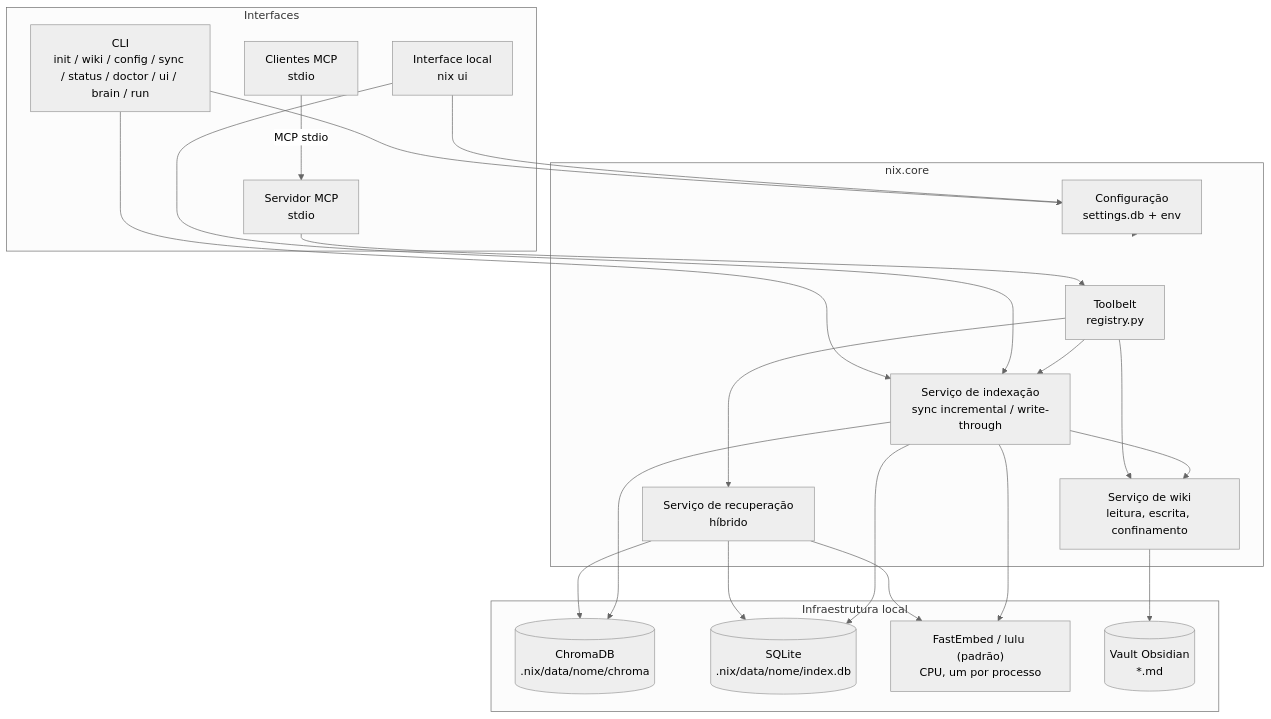
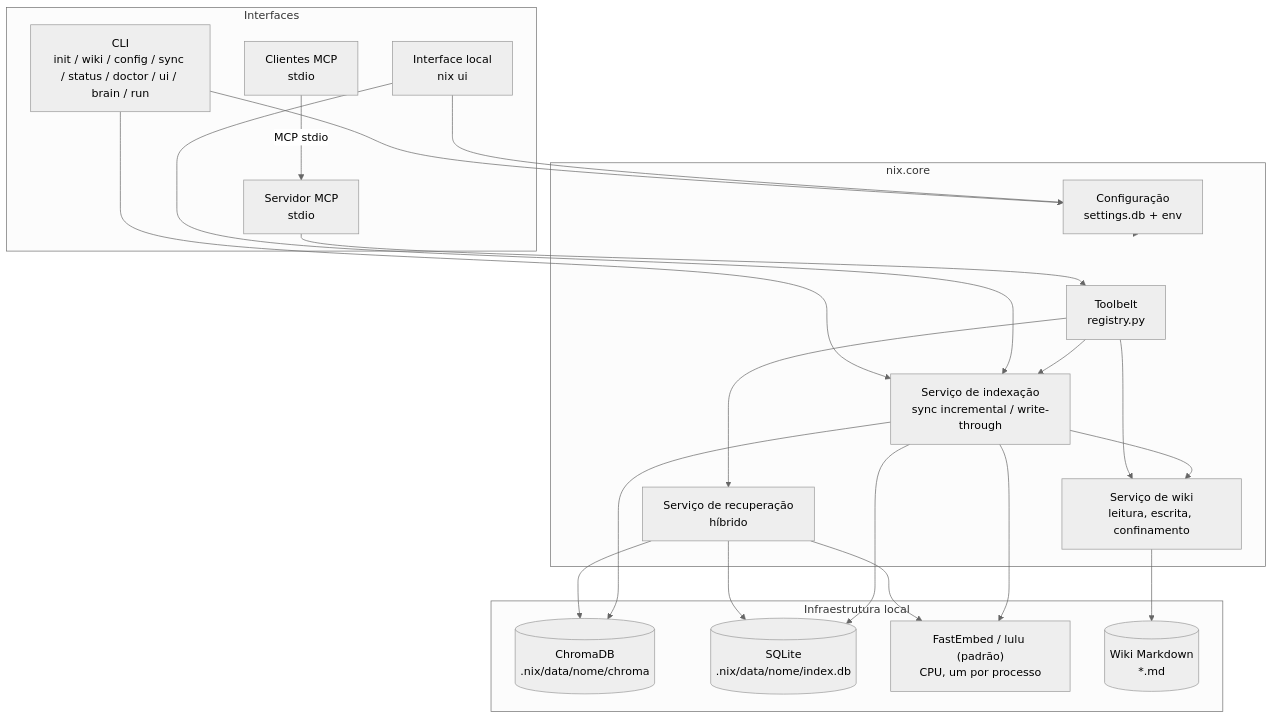
The first of 4 diagrams in docs/TDD.md (paulocesaaars/nix), drawn with Mermaid (neutral theme) before and after one commit. The commit also changed other lines of this file and 4 other files, not shown here.

````diff
--- a/docs/TDD.md
+++ b/docs/TDD.md
@@ -40,43 +40,43 @@
 ```mermaid
 graph TB
     subgraph Interfaces
         Client["Clientes MCP<br/>stdio"]
         CLI["CLI<br/>init / wiki / config / sync / status / doctor / ui / brain / run"]
         UI["Interface local<br/>nix ui"]
         MCP["Servidor MCP<br/>stdio"]
     end
 
     subgraph Core["nix.core"]
         TOOLS["Toolbelt<br/>registry.py"]
         RAG["Serviço de recuperação<br/>híbrido"]
         IDX["Serviço de indexação<br/>sync incremental / write-through"]
         VAULT["Serviço de wiki<br/>leitura, escrita, confinamento"]
         CFG["Configuração<br/>settings.db + env"]
     end
 
     subgraph Infra["Infraestrutura local"]
         CHROMA[("ChromaDB<br/>.nix/data/nome/chroma")]
         SQLITE[("SQLite<br/>.nix/data/nome/index.db")]
         EMB["FastEmbed / lulu (padrão)<br/>CPU, um por processo"]
-        FS[("Vault Obsidian<br/>*.md")]
+        FS[("Wiki Markdown<br/>*.md")]
     end
 
     Client -->|"MCP stdio"| MCP
     CLI --> CFG
     CLI --> IDX
     UI --> CFG
     UI --> IDX
     MCP --> TOOLS
     TOOLS --> RAG
     TOOLS --> VAULT
     TOOLS --> IDX
     RAG --> CHROMA
     RAG --> SQLITE
     RAG --> EMB
     IDX --> CHROMA
     IDX --> SQLITE
     IDX --> EMB
     IDX --> VAULT
     VAULT --> FS
     CFG -.-> Core
 ```
````
